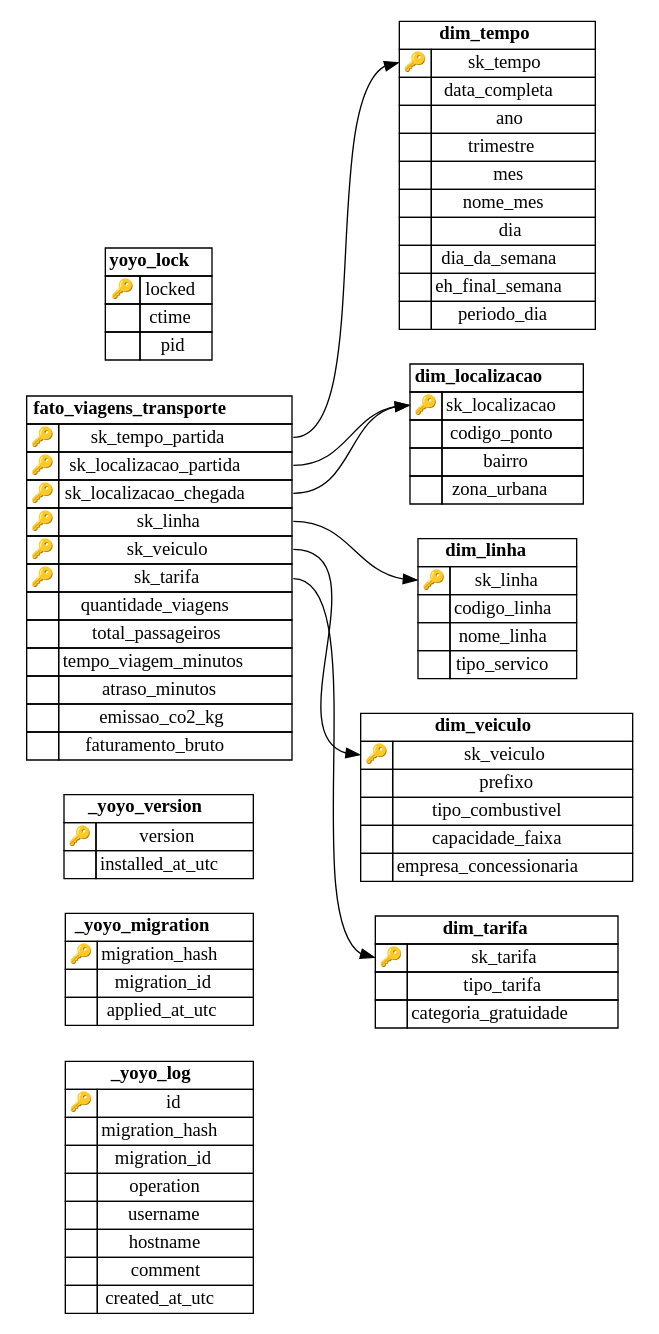
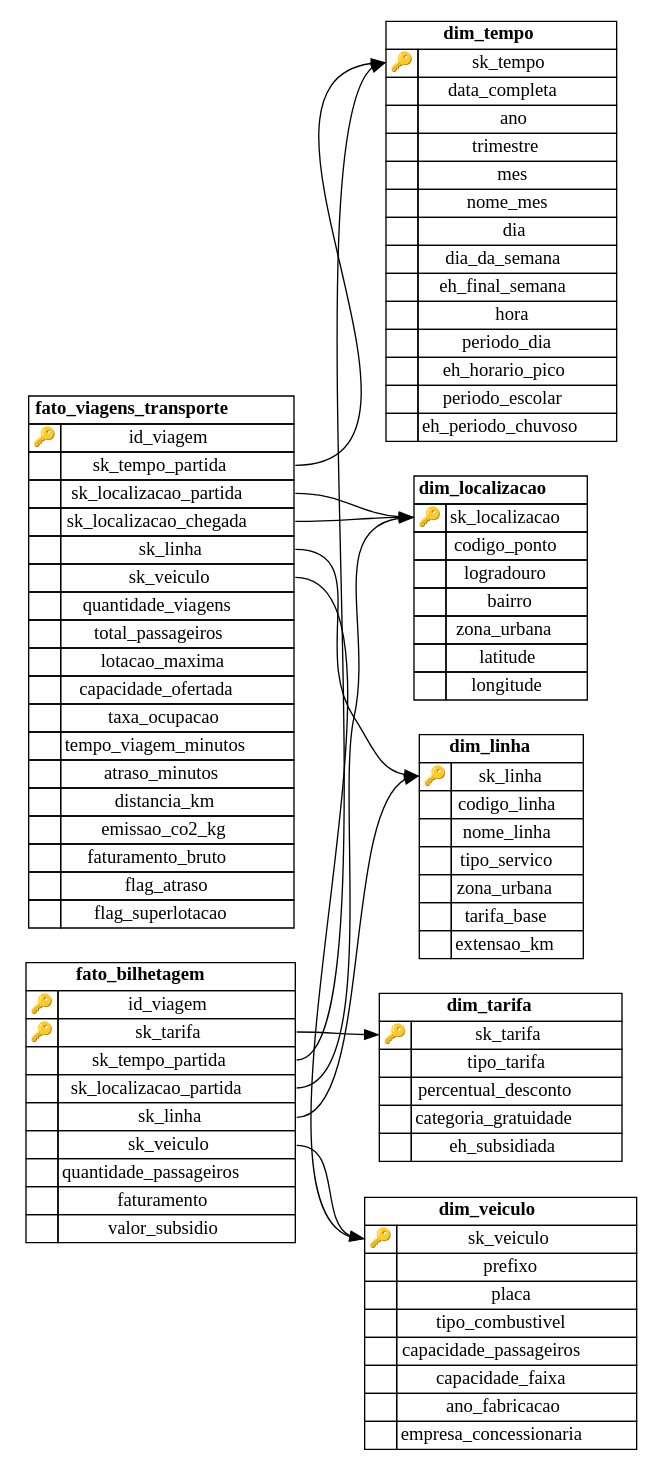
One commit to wilyJ80/tebd-trab changed the diagram in schema_olap.dot. Above: the diagram before and after it, drawn with Graphviz. The commit also changed 41 other files, not shown here.

```diff
--- a/schema_olap.dot
+++ b/schema_olap.dot
@@ -7,108 +7,6 @@
 
 node [shape=none]
 
-_yoyo_log [label=<
-            <TABLE BORDER="0" CELLSPACING="0" CELLBORDER="1">
-                <TR>
-                    <TD COLSPAN="2"><B>_yoyo_log</B></TD>
-                </TR>
-            
-                <TR>
-                    <TD PORT="id_to">🔑</TD>
-                    <TD PORT="id_from">id</TD>
-                </TR>
-            
-
-                <TR>
-                    <TD PORT="migration_hash_to">&nbsp;</TD>
-                    <TD PORT="migration_hash_from">migration_hash</TD>
-                </TR>
-            
-
-                <TR>
-                    <TD PORT="migration_id_to">&nbsp;</TD>
-                    <TD PORT="migration_id_from">migration_id</TD>
-                </TR>
-            
-
-                <TR>
-                    <TD PORT="operation_to">&nbsp;</TD>
-                    <TD PORT="operation_from">operation</TD>
-                </TR>
-            
-
-                <TR>
-                    <TD PORT="username_to">&nbsp;</TD>
-                    <TD PORT="username_from">username</TD>
-                </TR>
-            
-
-                <TR>
-                    <TD PORT="hostname_to">&nbsp;</TD>
-                    <TD PORT="hostname_from">hostname</TD>
-                </TR>
-            
-
-                <TR>
-                    <TD PORT="comment_to">&nbsp;</TD>
-                    <TD PORT="comment_from">comment</TD>
-                </TR>
-            
-
-                <TR>
-                    <TD PORT="created_at_utc_to">&nbsp;</TD>
-                    <TD PORT="created_at_utc_from">created_at_utc</TD>
-                </TR>
-            
-            </TABLE>
-        >];
-        
-_yoyo_migration [label=<
-            <TABLE BORDER="0" CELLSPACING="0" CELLBORDER="1">
-                <TR>
-                    <TD COLSPAN="2"><B>_yoyo_migration</B></TD>
-                </TR>
-            
-                <TR>
-                    <TD PORT="migration_hash_to">🔑</TD>
-                    <TD PORT="migration_hash_from">migration_hash</TD>
-                </TR>
-            
-
-                <TR>
-                    <TD PORT="migration_id_to">&nbsp;</TD>
-                    <TD PORT="migration_id_from">migration_id</TD>
-                </TR>
-            
-
-                <TR>
-                    <TD PORT="applied_at_utc_to">&nbsp;</TD>
-                    <TD PORT="applied_at_utc_from">applied_at_utc</TD>
-                </TR>
-            
-            </TABLE>
-        >];
-        
-_yoyo_version [label=<
-            <TABLE BORDER="0" CELLSPACING="0" CELLBORDER="1">
-                <TR>
-                    <TD COLSPAN="2"><B>_yoyo_version</B></TD>
-                </TR>
-            
-                <TR>
-                    <TD PORT="version_to">🔑</TD>
-                    <TD PORT="version_from">version</TD>
-                </TR>
-            
-
-                <TR>
-                    <TD PORT="installed_at_utc_to">&nbsp;</TD>
-                    <TD PORT="installed_at_utc_from">installed_at_utc</TD>
-                </TR>
-            
-            </TABLE>
-        >];
-        
 dim_linha [label=<
             <TABLE BORDER="0" CELLSPACING="0" CELLBORDER="1">
                 <TR>
@@ -138,6 +36,24 @@
                     <TD PORT="tipo_servico_from">tipo_servico</TD>
                 </TR>
             
+
+                <TR>
+                    <TD PORT="zona_urbana_to">&nbsp;</TD>
+                    <TD PORT="zona_urbana_from">zona_urbana</TD>
+                </TR>
+            
+
+                <TR>
+                    <TD PORT="tarifa_base_to">&nbsp;</TD>
+                    <TD PORT="tarifa_base_from">tarifa_base</TD>
+                </TR>
+            
+
+                <TR>
+                    <TD PORT="extensao_km_to">&nbsp;</TD>
+                    <TD PORT="extensao_km_from">extensao_km</TD>
+                </TR>
+            
             </TABLE>
         >];
         
@@ -160,6 +76,12 @@
             
 
                 <TR>
+                    <TD PORT="logradouro_to">&nbsp;</TD>
+                    <TD PORT="logradouro_from">logradouro</TD>
+                </TR>
+            
+
+                <TR>
                     <TD PORT="bairro_to">&nbsp;</TD>
                     <TD PORT="bairro_from">bairro</TD>
                 </TR>
@@ -168,6 +90,18 @@
                 <TR>
                     <TD PORT="zona_urbana_to">&nbsp;</TD>
                     <TD PORT="zona_urbana_from">zona_urbana</TD>
+                </TR>
+            
+
+                <TR>
+                    <TD PORT="latitude_to">&nbsp;</TD>
+                    <TD PORT="latitude_from">latitude</TD>
+                </TR>
+            
+
+                <TR>
+                    <TD PORT="longitude_to">&nbsp;</TD>
+                    <TD PORT="longitude_from">longitude</TD>
                 </TR>
             
             </TABLE>
@@ -192,8 +126,20 @@
             
 
                 <TR>
+                    <TD PORT="percentual_desconto_to">&nbsp;</TD>
+                    <TD PORT="percentual_desconto_from">percentual_desconto</TD>
+                </TR>
+            
+
+                <TR>
                     <TD PORT="categoria_gratuidade_to">&nbsp;</TD>
                     <TD PORT="categoria_gratuidade_from">categoria_gratuidade</TD>
+                </TR>
+            
+
+                <TR>
+                    <TD PORT="eh_subsidiada_to">&nbsp;</TD>
+                    <TD PORT="eh_subsidiada_from">eh_subsidiada</TD>
                 </TR>
             
             </TABLE>
@@ -260,8 +206,32 @@
             
 
                 <TR>
+                    <TD PORT="hora_to">&nbsp;</TD>
+                    <TD PORT="hora_from">hora</TD>
+                </TR>
+            
+
+                <TR>
                     <TD PORT="periodo_dia_to">&nbsp;</TD>
                     <TD PORT="periodo_dia_from">periodo_dia</TD>
+                </TR>
+            
+
+                <TR>
+                    <TD PORT="eh_horario_pico_to">&nbsp;</TD>
+                    <TD PORT="eh_horario_pico_from">eh_horario_pico</TD>
+                </TR>
+            
+
+                <TR>
+                    <TD PORT="periodo_escolar_to">&nbsp;</TD>
+                    <TD PORT="periodo_escolar_from">periodo_escolar</TD>
+                </TR>
+            
+
+                <TR>
+                    <TD PORT="eh_periodo_chuvoso_to">&nbsp;</TD>
+                    <TD PORT="eh_periodo_chuvoso_from">eh_periodo_chuvoso</TD>
                 </TR>
             
             </TABLE>
@@ -286,8 +256,20 @@
             
 
                 <TR>
+                    <TD PORT="placa_to">&nbsp;</TD>
+                    <TD PORT="placa_from">placa</TD>
+                </TR>
+            
+
+                <TR>
                     <TD PORT="tipo_combustivel_to">&nbsp;</TD>
                     <TD PORT="tipo_combustivel_from">tipo_combustivel</TD>
+                </TR>
+            
+
+                <TR>
+                    <TD PORT="capacidade_passageiros_to">&nbsp;</TD>
+                    <TD PORT="capacidade_passageiros_from">capacidade_passageiros</TD>
                 </TR>
             
 
@@ -298,8 +280,76 @@
             
 
                 <TR>
+                    <TD PORT="ano_fabricacao_to">&nbsp;</TD>
+                    <TD PORT="ano_fabricacao_from">ano_fabricacao</TD>
+                </TR>
+            
+
+                <TR>
                     <TD PORT="empresa_concessionaria_to">&nbsp;</TD>
                     <TD PORT="empresa_concessionaria_from">empresa_concessionaria</TD>
+                </TR>
+            
+            </TABLE>
+        >];
+        
+fato_bilhetagem [label=<
+            <TABLE BORDER="0" CELLSPACING="0" CELLBORDER="1">
+                <TR>
+                    <TD COLSPAN="2"><B>fato_bilhetagem</B></TD>
+                </TR>
+            
+                <TR>
+                    <TD PORT="id_viagem_to">🔑</TD>
+                    <TD PORT="id_viagem_from">id_viagem</TD>
+                </TR>
+            
+
+                <TR>
+                    <TD PORT="sk_tarifa_to">🔑</TD>
+                    <TD PORT="sk_tarifa_from">sk_tarifa</TD>
+                </TR>
+            
+
+                <TR>
+                    <TD PORT="sk_tempo_partida_to">&nbsp;</TD>
+                    <TD PORT="sk_tempo_partida_from">sk_tempo_partida</TD>
+                </TR>
+            
+
+                <TR>
+                    <TD PORT="sk_localizacao_partida_to">&nbsp;</TD>
+                    <TD PORT="sk_localizacao_partida_from">sk_localizacao_partida</TD>
+                </TR>
+            
+
+                <TR>
+                    <TD PORT="sk_linha_to">&nbsp;</TD>
+                    <TD PORT="sk_linha_from">sk_linha</TD>
+                </TR>
+            
+
+                <TR>
+                    <TD PORT="sk_veiculo_to">&nbsp;</TD>
+                    <TD PORT="sk_veiculo_from">sk_veiculo</TD>
+                </TR>
+            
+
+                <TR>
+                    <TD PORT="quantidade_passageiros_to">&nbsp;</TD>
+                    <TD PORT="quantidade_passageiros_from">quantidade_passageiros</TD>
+                </TR>
+            
+
+                <TR>
+                    <TD PORT="faturamento_to">&nbsp;</TD>
+                    <TD PORT="faturamento_from">faturamento</TD>
+                </TR>
+            
+
+                <TR>
+                    <TD PORT="valor_subsidio_to">&nbsp;</TD>
+                    <TD PORT="valor_subsidio_from">valor_subsidio</TD>
                 </TR>
             
             </TABLE>
@@ -312,38 +362,38 @@
                 </TR>
             
                 <TR>
-                    <TD PORT="sk_tempo_partida_to">🔑</TD>
+                    <TD PORT="id_viagem_to">🔑</TD>
+                    <TD PORT="id_viagem_from">id_viagem</TD>
+                </TR>
+            
+
+                <TR>
+                    <TD PORT="sk_tempo_partida_to">&nbsp;</TD>
                     <TD PORT="sk_tempo_partida_from">sk_tempo_partida</TD>
                 </TR>
             
 
                 <TR>
-                    <TD PORT="sk_localizacao_partida_to">🔑</TD>
+                    <TD PORT="sk_localizacao_partida_to">&nbsp;</TD>
                     <TD PORT="sk_localizacao_partida_from">sk_localizacao_partida</TD>
                 </TR>
             
 
                 <TR>
-                    <TD PORT="sk_localizacao_chegada_to">🔑</TD>
+                    <TD PORT="sk_localizacao_chegada_to">&nbsp;</TD>
                     <TD PORT="sk_localizacao_chegada_from">sk_localizacao_chegada</TD>
                 </TR>
             
 
                 <TR>
-                    <TD PORT="sk_linha_to">🔑</TD>
+                    <TD PORT="sk_linha_to">&nbsp;</TD>
                     <TD PORT="sk_linha_from">sk_linha</TD>
                 </TR>
             
 
                 <TR>
-                    <TD PORT="sk_veiculo_to">🔑</TD>
+                    <TD PORT="sk_veiculo_to">&nbsp;</TD>
                     <TD PORT="sk_veiculo_from">sk_veiculo</TD>
-                </TR>
-            
-
-                <TR>
-                    <TD PORT="sk_tarifa_to">🔑</TD>
-                    <TD PORT="sk_tarifa_from">sk_tarifa</TD>
                 </TR>
             
 
@@ -360,6 +410,24 @@
             
 
                 <TR>
+                    <TD PORT="lotacao_maxima_to">&nbsp;</TD>
+                    <TD PORT="lotacao_maxima_from">lotacao_maxima</TD>
+                </TR>
+            
+
+                <TR>
+                    <TD PORT="capacidade_ofertada_to">&nbsp;</TD>
+                    <TD PORT="capacidade_ofertada_from">capacidade_ofertada</TD>
+                </TR>
+            
+
+                <TR>
+                    <TD PORT="taxa_ocupacao_to">&nbsp;</TD>
+                    <TD PORT="taxa_ocupacao_from">taxa_ocupacao</TD>
+                </TR>
+            
+
+                <TR>
                     <TD PORT="tempo_viagem_minutos_to">&nbsp;</TD>
                     <TD PORT="tempo_viagem_minutos_from">tempo_viagem_minutos</TD>
                 </TR>
@@ -368,6 +436,12 @@
                 <TR>
                     <TD PORT="atraso_minutos_to">&nbsp;</TD>
                     <TD PORT="atraso_minutos_from">atraso_minutos</TD>
+                </TR>
+            
+
+                <TR>
+                    <TD PORT="distancia_km_to">&nbsp;</TD>
+                    <TD PORT="distancia_km_from">distancia_km</TD>
                 </TR>
             
 
@@ -382,36 +456,26 @@
                     <TD PORT="faturamento_bruto_from">faturamento_bruto</TD>
                 </TR>
             
-            </TABLE>
-        >];
-        
-yoyo_lock [label=<
-            <TABLE BORDER="0" CELLSPACING="0" CELLBORDER="1">
+
                 <TR>
-                    <TD COLSPAN="2"><B>yoyo_lock</B></TD>
-                </TR>
-            
-                <TR>
-                    <TD PORT="locked_to">🔑</TD>
-                    <TD PORT="locked_from">locked</TD>
+                    <TD PORT="flag_atraso_to">&nbsp;</TD>
+                    <TD PORT="flag_atraso_from">flag_atraso</TD>
                 </TR>
             
 
                 <TR>
-                    <TD PORT="ctime_to">&nbsp;</TD>
-                    <TD PORT="ctime_from">ctime</TD>
-                </TR>
-            
-
-                <TR>
-                    <TD PORT="pid_to">&nbsp;</TD>
-                    <TD PORT="pid_from">pid</TD>
+                    <TD PORT="flag_superlotacao_to">&nbsp;</TD>
+                    <TD PORT="flag_superlotacao_from">flag_superlotacao</TD>
                 </TR>
             
             </TABLE>
         >];
         
-fato_viagens_transporte:sk_tarifa_from:e -> dim_tarifa:sk_tarifa_to:w
+fato_bilhetagem:sk_veiculo_from:e -> dim_veiculo:sk_veiculo_to:w
+fato_bilhetagem:sk_linha_from:e -> dim_linha:sk_linha_to:w
+fato_bilhetagem:sk_localizacao_partida_from:e -> dim_localizacao:sk_localizacao_to:w
+fato_bilhetagem:sk_tempo_partida_from:e -> dim_tempo:sk_tempo_to:w
+fato_bilhetagem:sk_tarifa_from:e -> dim_tarifa:sk_tarifa_to:w
 fato_viagens_transporte:sk_veiculo_from:e -> dim_veiculo:sk_veiculo_to:w
 fato_viagens_transporte:sk_linha_from:e -> dim_linha:sk_linha_to:w
 fato_viagens_transporte:sk_localizacao_chegada_from:e -> dim_localizacao:sk_localizacao_to:w
```
